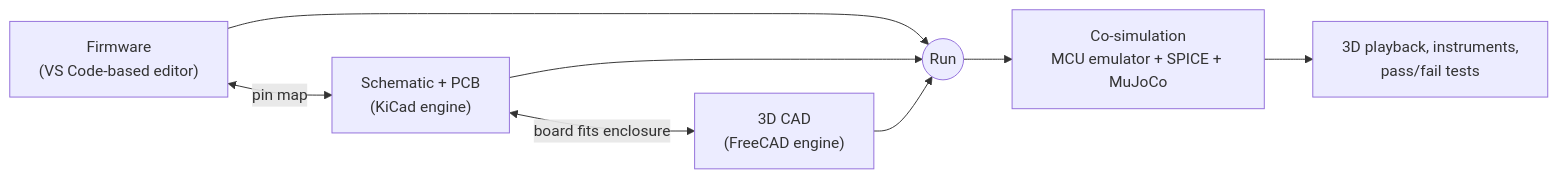
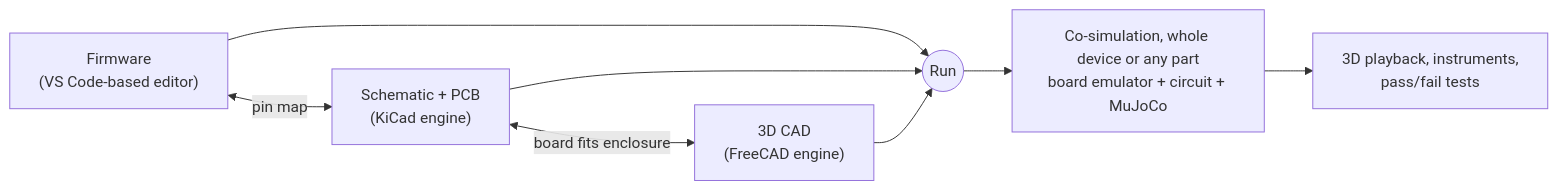
The diagram in README.md (NoboIshraque/triage), drawn with Mermaid before and after one commit. The commit also changed other lines of this file and 15 other files, not shown here.

````diff
--- a/README.md
+++ b/README.md
@@ -35,10 +37,10 @@
 ```mermaid
 flowchart LR
   CODE["Firmware<br/>(VS Code-based editor)"] <-->|pin map| SCH["Schematic + PCB<br/>(KiCad engine)"]
   SCH <-->|board fits enclosure| CAD["3D CAD<br/>(FreeCAD engine)"]
   CODE --> RUN(("Run"))
   SCH --> RUN
   CAD --> RUN
-  RUN --> SIM["Co-simulation<br/>MCU emulator + SPICE + MuJoCo"]
+  RUN --> SIM["Co-simulation, whole device or any part<br/>board emulator + circuit + MuJoCo"]
   SIM --> TEST["3D playback, instruments,<br/>pass/fail tests"]
 ```
````
